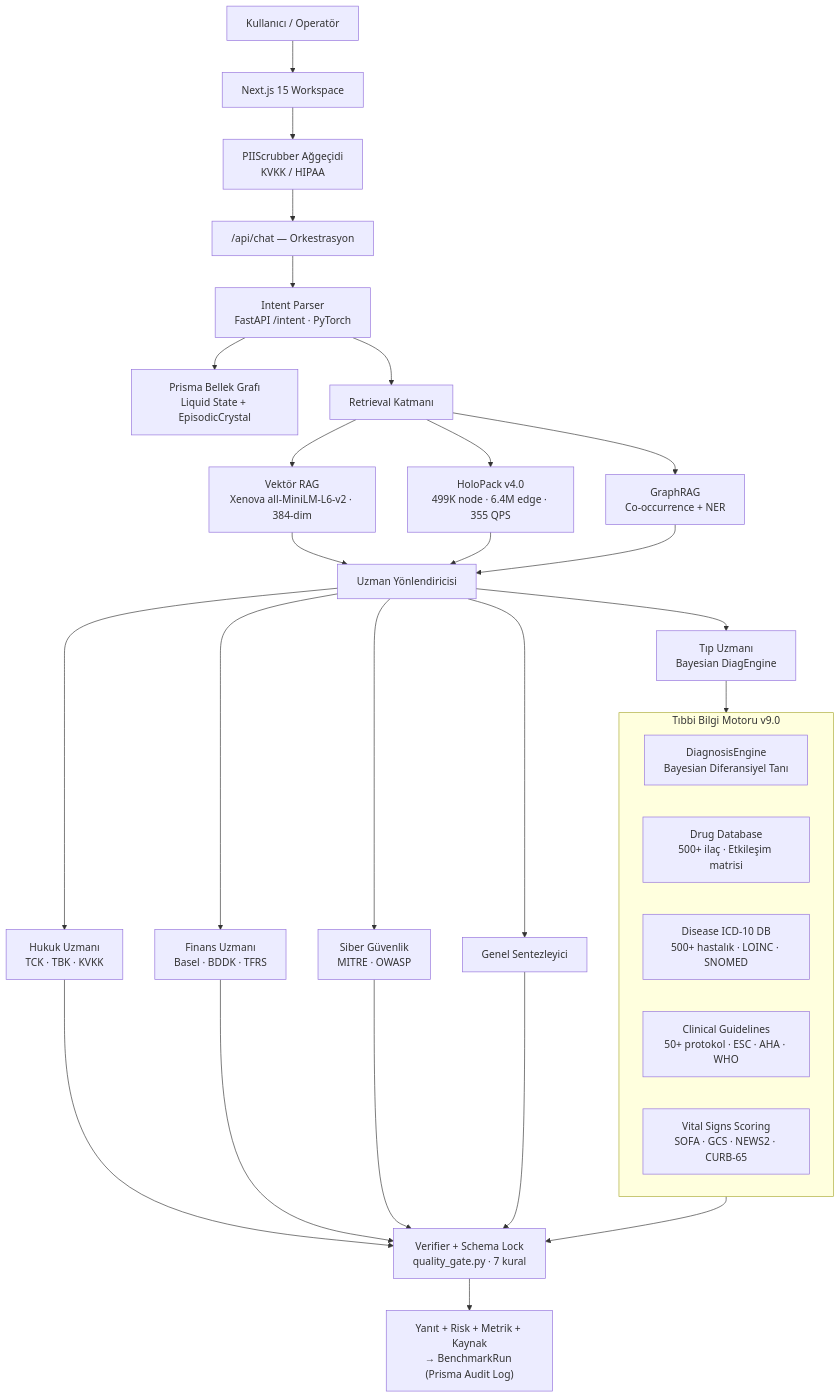
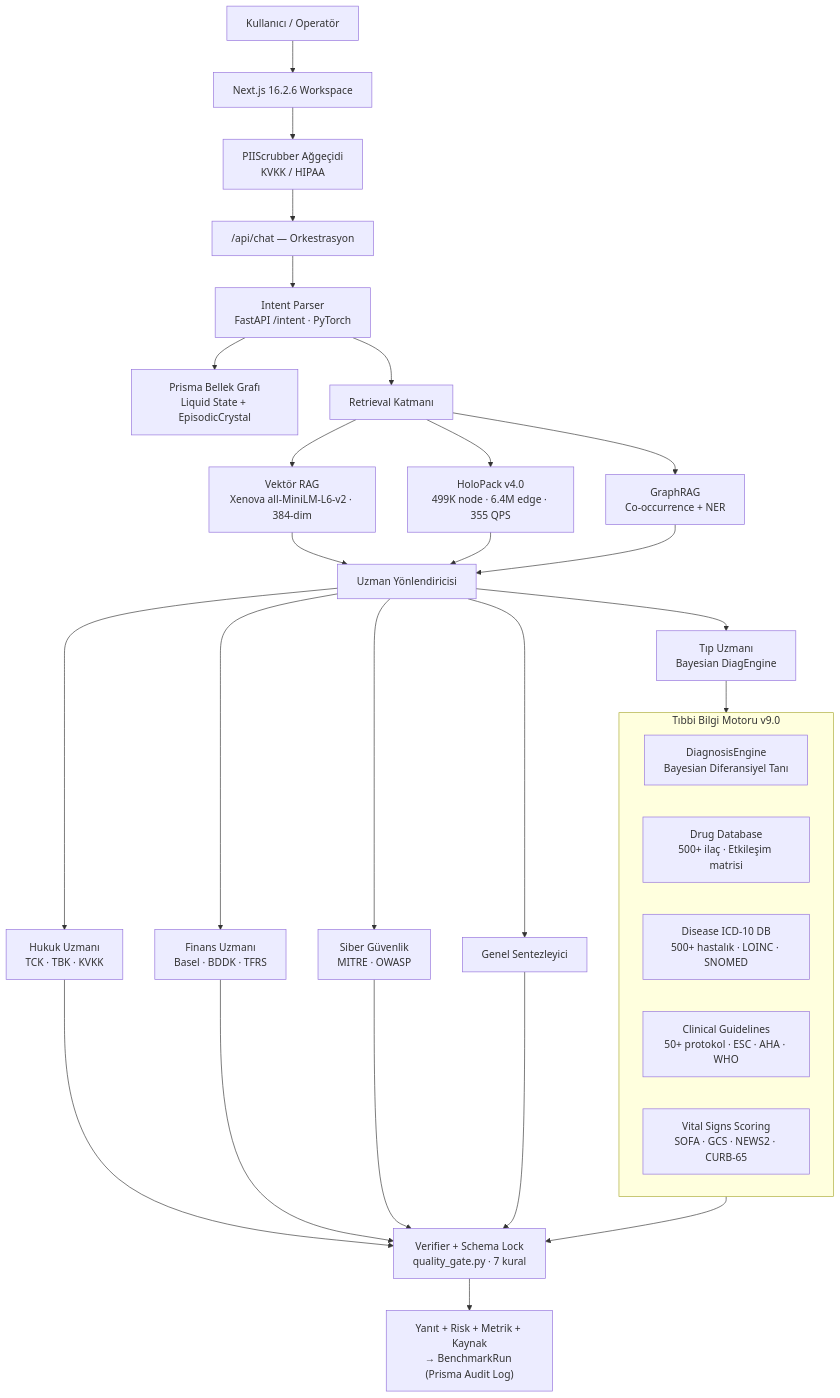
Before and after one commit to sakipfikrret/OmniEngine: the first of 2 diagrams in WHITEPAPER.md, drawn with Mermaid. The commit also changed other lines of this file and 9 other files, not shown here.

````diff
--- a/WHITEPAPER.md
+++ b/WHITEPAPER.md
@@ -56,36 +71,36 @@
 ```mermaid
 flowchart TD
-    U["Kullanıcı / Operatör"] --> UI["Next.js 15 Workspace"]
+    U["Kullanıcı / Operatör"] --> UI["Next.js 16.2.6 Workspace"]
     UI --> PII["PIIScrubber Ağgeçidi\nKVKK / HIPAA"]
     PII --> API["/api/chat — Orkestrasyon"]
     API --> IP["Intent Parser\nFastAPI /intent · PyTorch"]
     IP --> MEM["Prisma Bellek Grafı\nLiquid State + EpisodicCrystal"]
     IP --> RET["Retrieval Katmanı"]
     RET --> VEC["Vektör RAG\nXenova all-MiniLM-L6-v2 · 384-dim"]
     RET --> HDB["HoloPack v4.0\n499K node · 6.4M edge · 355 QPS"]
     RET --> GR["GraphRAG\nCo-occurrence + NER"]
     VEC --> ROUTER["Uzman Yönlendiricisi"]
     HDB --> ROUTER
     GR --> ROUTER
     ROUTER --> LEG["Hukuk Uzmanı\nTCK · TBK · KVKK"]
     ROUTER --> MED["Tıp Uzmanı\nBayesian DiagEngine"]
     ROUTER --> FIN["Finans Uzmanı\nBasel · BDDK · TFRS"]
     ROUTER --> CYB["Siber Güvenlik\nMITRE · OWASP"]
     ROUTER --> GEN["Genel Sentezleyici"]
 
     subgraph MEDSYS["Tıbbi Bilgi Motoru v9.0"]
         DE["DiagnosisEngine\nBayesian Diferansiyel Tanı"]
         DDB["Drug Database\n500+ ilaç · Etkileşim matrisi"]
         DIS["Disease ICD-10 DB\n500+ hastalık · LOINC · SNOMED"]
         GL["Clinical Guidelines\n50+ protokol · ESC · AHA · WHO"]
         VS["Vital Signs Scoring\nSOFA · GCS · NEWS2 · CURB-65"]
     end
 
     MED --> MEDSYS
     MEDSYS --> VER["Verifier + Schema Lock\nquality_gate.py · 7 kural"]
     LEG --> VER
     FIN --> VER
     CYB --> VER
     GEN --> VER
     VER --> OUT["Yanıt + Risk + Metrik + Kaynak\n→ BenchmarkRun (Prisma Audit Log)"]
 ```
````
